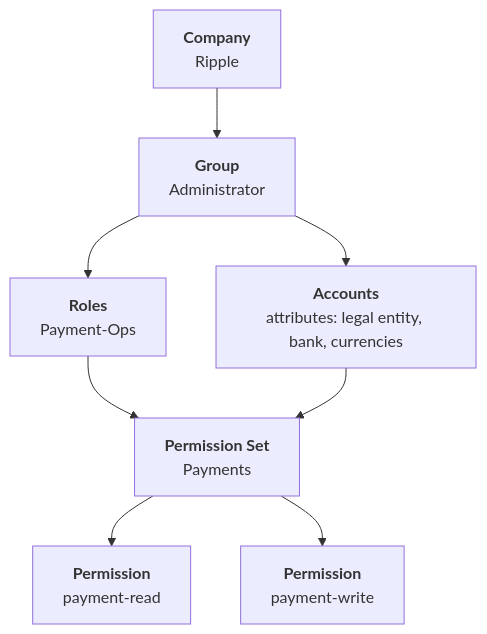
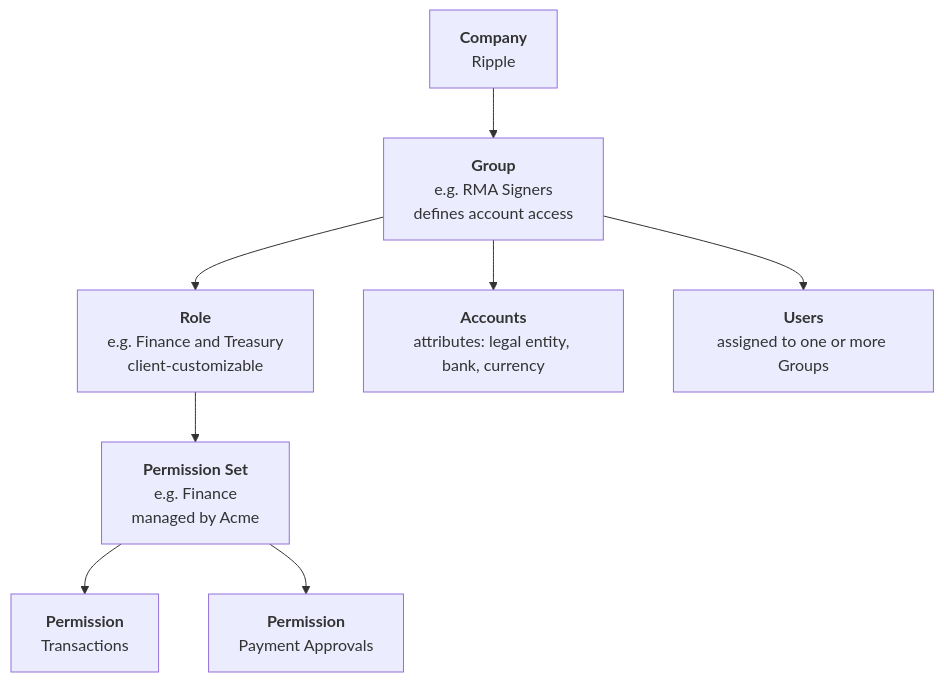
One commit to mmteoh-acme/portal-mockup changed the diagram in organization-background.md. Above: the diagram before and after it, drawn with Mermaid. The commit also changed other lines of this file and 14 other files, not shown here.

First line of the commit message:
MVP: transactions as the landing page, account-group layer removed

````diff
--- a/organization-background.md
+++ b/organization-background.md
@@ -17,18 +17,19 @@
 ```mermaid
 graph TD
     C["<b>Company</b><br/>Ripple"]
-    G["<b>Group</b><br/>Administrator"]
-    R["<b>Roles</b><br/>Payment-Ops"]
-    A["<b>Accounts</b><br/>attributes: legal entity, bank, currencies"]
-    PS["<b>Permission Set</b><br/>Payments"]
-    P1["<b>Permission</b><br/>payment-read"]
-    P2["<b>Permission</b><br/>payment-write"]
+    G["<b>Group</b><br/>e.g. RMA Signers<br/>defines account access"]
+    R["<b>Role</b><br/>e.g. Finance and Treasury<br/>client-customizable"]
+    PS["<b>Permission Set</b><br/>e.g. Finance<br/>managed by Acme"]
+    P1["<b>Permission</b><br/>Transactions"]
+    P2["<b>Permission</b><br/>Payment Approvals"]
+    A["<b>Accounts</b><br/>attributes: legal entity, bank, currency"]
+    U["<b>Users</b><br/>assigned to one or more Groups"]
 
     C --> G
     G --> R
-    G --> A
     R --> PS
-    A --> PS
     PS --> P1
     PS --> P2
+    G --> A
+    G --> U
 ```
````
